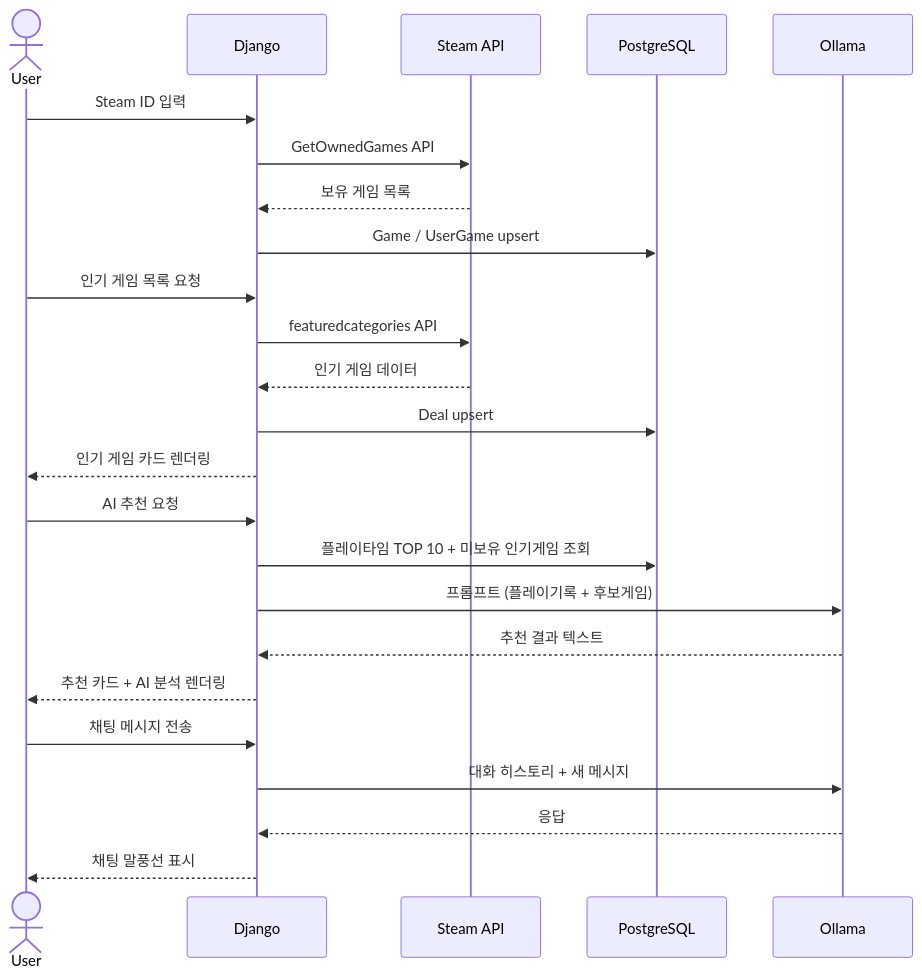
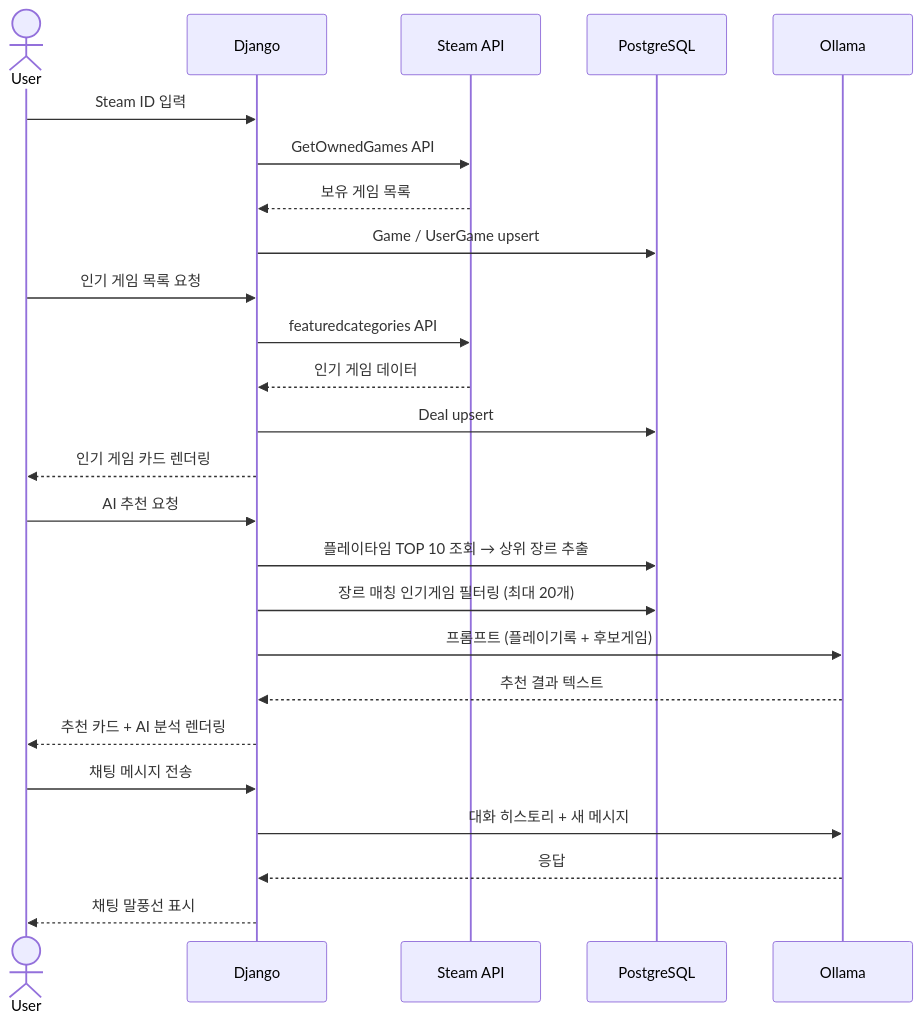
The second of 2 diagrams in README.md (pgh165/steam-recommender), drawn with Mermaid before and after one commit. The commit also changed other lines of this file and 8 other files, not shown here.

````diff
--- a/README.md
+++ b/README.md
@@ -74,30 +103,31 @@
 ```mermaid
 sequenceDiagram
     actor User
     participant Web as Django
     participant Steam as Steam API
     participant DB as PostgreSQL
     participant AI as Ollama
 
     User->>Web: Steam ID 입력
     Web->>Steam: GetOwnedGames API
     Steam-->>Web: 보유 게임 목록
     Web->>DB: Game / UserGame upsert
 
     User->>Web: 인기 게임 목록 요청
     Web->>Steam: featuredcategories API
     Steam-->>Web: 인기 게임 데이터
     Web->>DB: Deal upsert
     Web-->>User: 인기 게임 카드 렌더링
 
     User->>Web: AI 추천 요청
-    Web->>DB: 플레이타임 TOP 10 + 미보유 인기게임 조회
+    Web->>DB: 플레이타임 TOP 10 조회 → 상위 장르 추출
+    Web->>DB: 장르 매칭 인기게임 필터링 (최대 20개)
     Web->>AI: 프롬프트 (플레이기록 + 후보게임)
     AI-->>Web: 추천 결과 텍스트
     Web-->>User: 추천 카드 + AI 분석 렌더링
 
     User->>Web: 채팅 메시지 전송
     Web->>AI: 대화 히스토리 + 새 메시지
     AI-->>Web: 응답
     Web-->>User: 채팅 말풍선 표시
 ```
````
